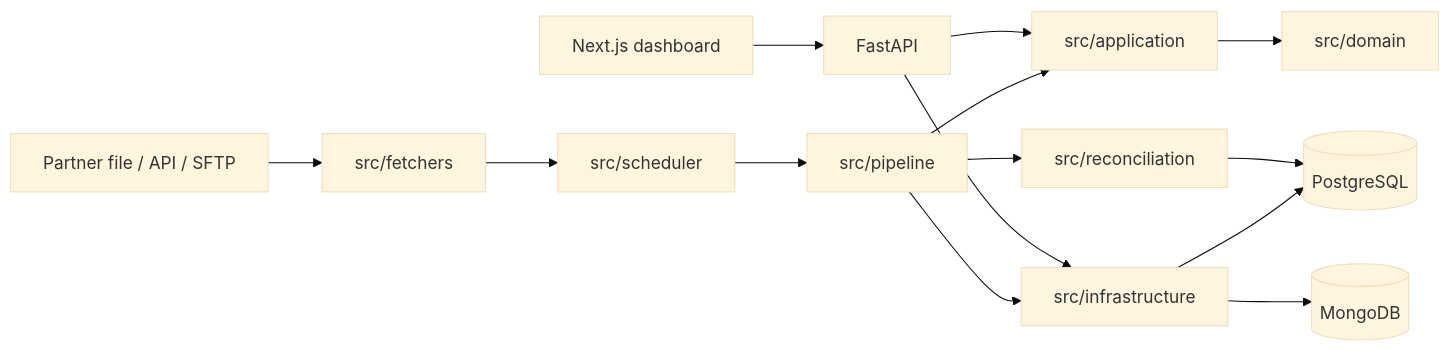
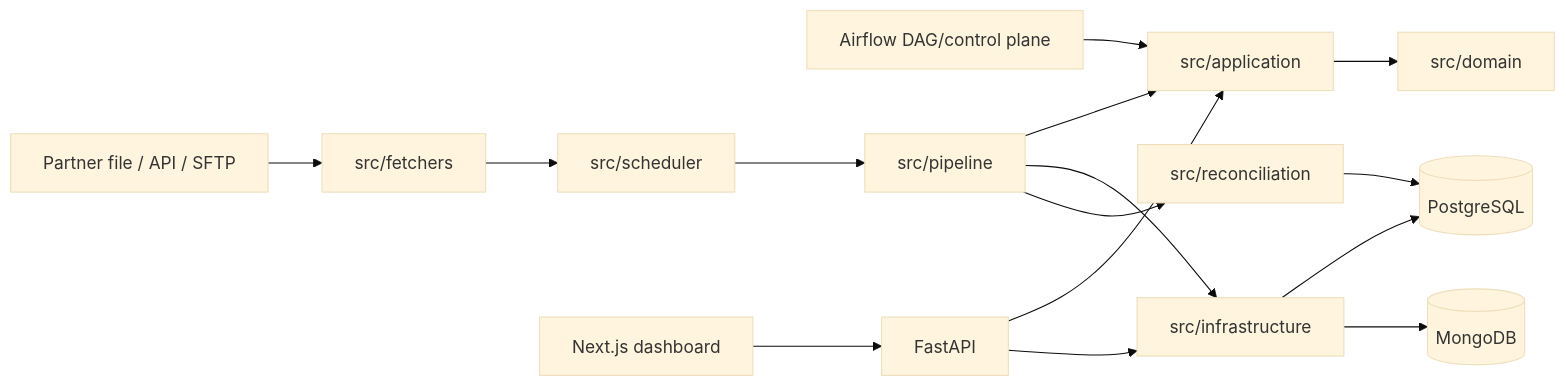
One commit to kuokdavinci/ReconciliationIngestionPlatform changed the diagram in README.md. Above: the diagram before and after it, drawn with Mermaid (base theme). The commit also changed other lines of this file and 21 other files, not shown here.

````diff
--- a/README.md
+++ b/README.md
@@ -20,27 +20,29 @@
 ```mermaid
 flowchart LR
     S[Partner file / API / SFTP]
     F[src/fetchers]
     J[src/scheduler]
+    AF[Airflow DAG/control plane]
     P[src/pipeline]
     A[src/application]
     D[src/domain]
     I[src/infrastructure]
     PG[(PostgreSQL)]
     MG[(MongoDB)]
     R[src/reconciliation]
     API[FastAPI]
     UI[Next.js dashboard]
 
     S --> F --> J --> P
+    AF --> A
     P --> A
     P --> I
     A --> D
     I --> PG
     I --> MG
     P --> R
     R --> PG
     API --> A
     API --> I
     UI --> API
 ```
````
